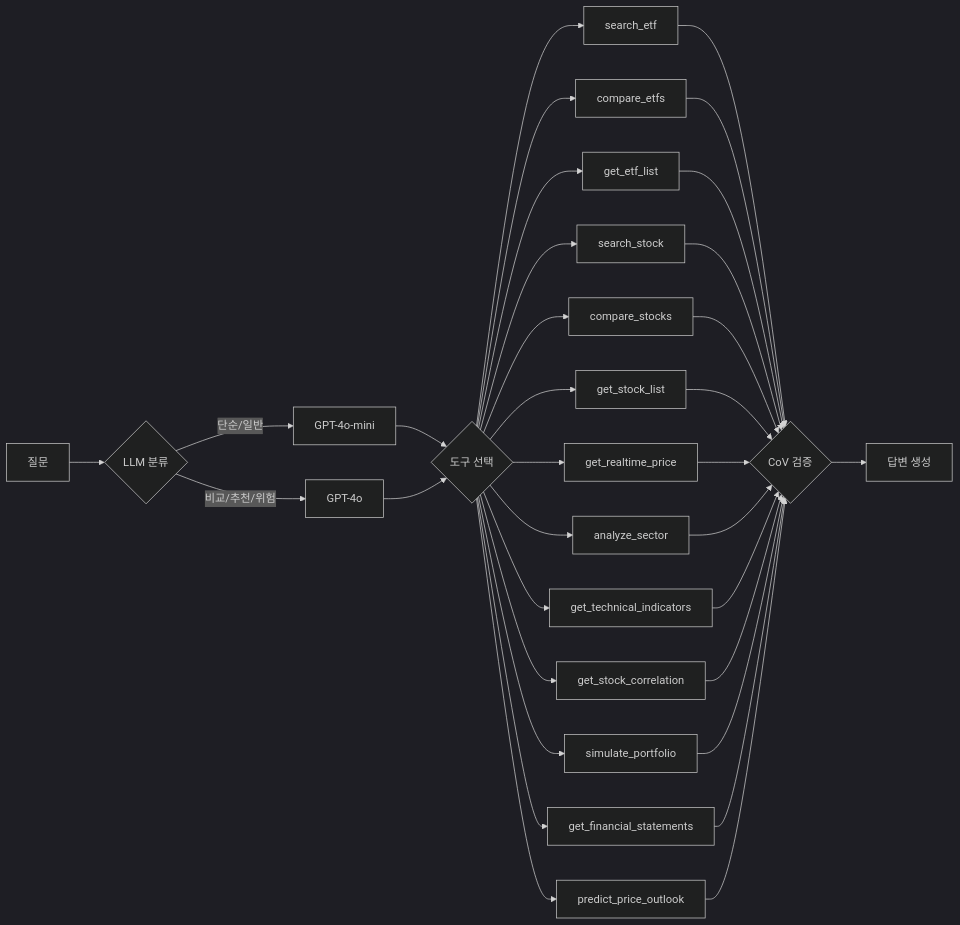
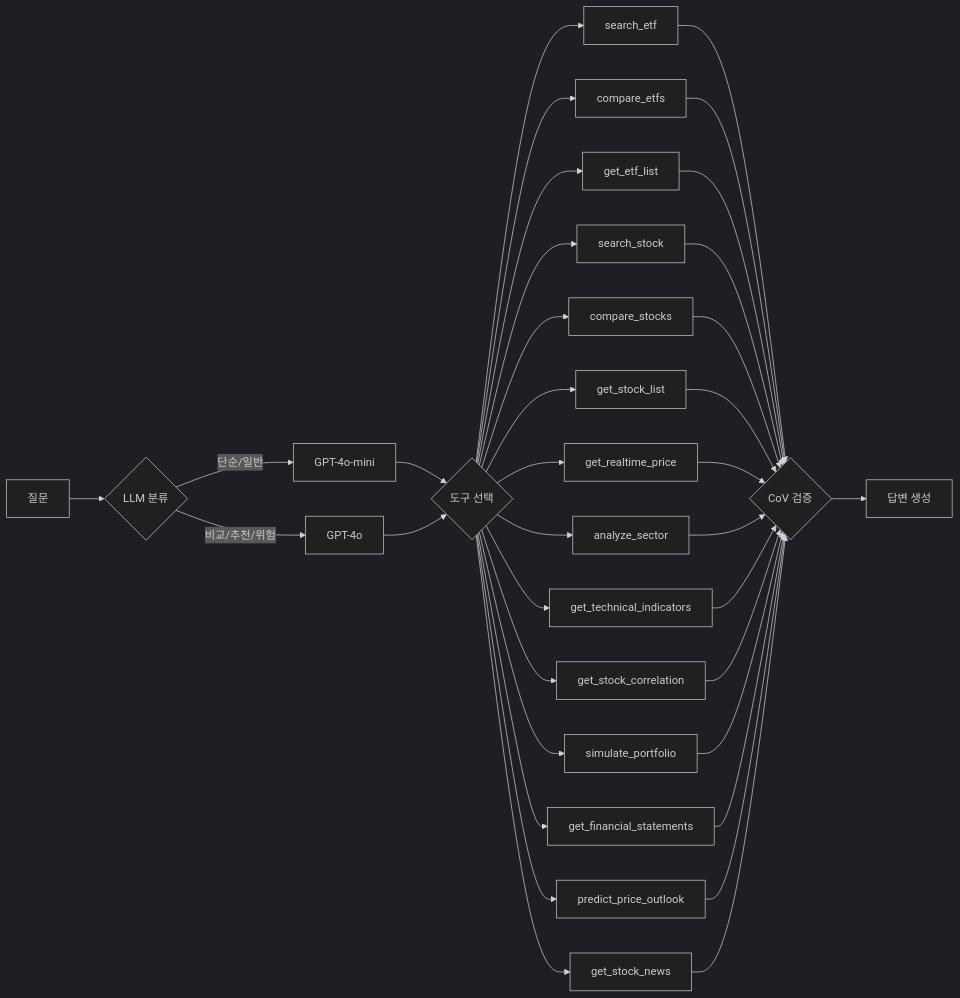
Before and after one commit to m2222n/AI_agent: the diagram in README.md, drawn with Mermaid (dark theme). The commit also changed other lines of this file and 20 other files, not shown here.

````diff
--- a/README.md
+++ b/README.md
@@ -49,23 +50,24 @@
 ```mermaid
 graph LR
     Q[질문] --> C{LLM 분류}
     C -->|단순/일반| Mini[GPT-4o-mini]
     C -->|비교/추천/위험| Pro[GPT-4o]
     Mini --> T{도구 선택}
     Pro --> T
     T --> S1[search_etf]
     T --> S2[compare_etfs]
     T --> S3[get_etf_list]
     T --> S4[search_stock]
     T --> S5[compare_stocks]
     T --> S6[get_stock_list]
     T --> S7[get_realtime_price]
     T --> S8[analyze_sector]
     T --> S9[get_technical_indicators]
     T --> S10[get_stock_correlation]
     T --> S11[simulate_portfolio]
     T --> S12[get_financial_statements]
     T --> S13[predict_price_outlook]
-    S1 & S2 & S3 & S4 & S5 & S6 & S7 & S8 & S9 & S10 & S11 & S12 & S13 --> V{CoV 검증}
+    T --> S14[get_stock_news]
+    S1 & S2 & S3 & S4 & S5 & S6 & S7 & S8 & S9 & S10 & S11 & S12 & S13 & S14 --> V{CoV 검증}
     V --> R[답변 생성]
 ```
````
